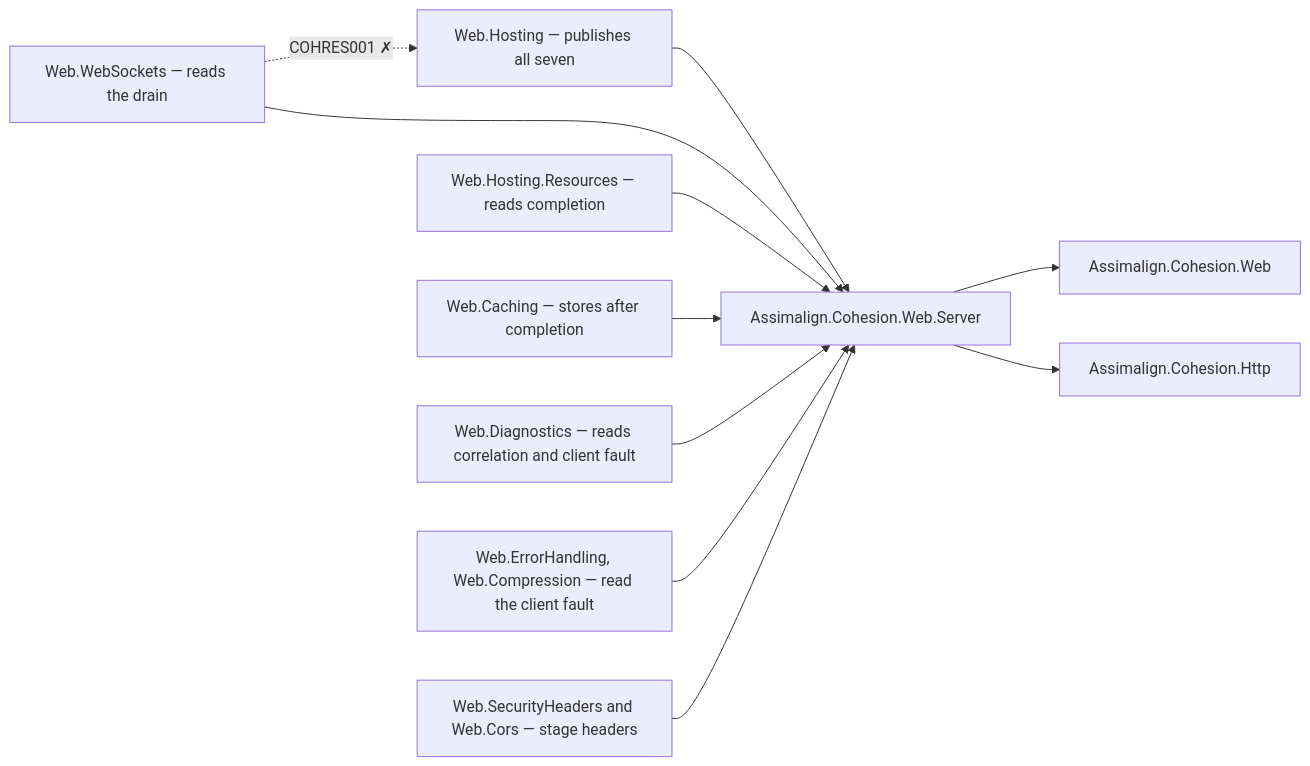
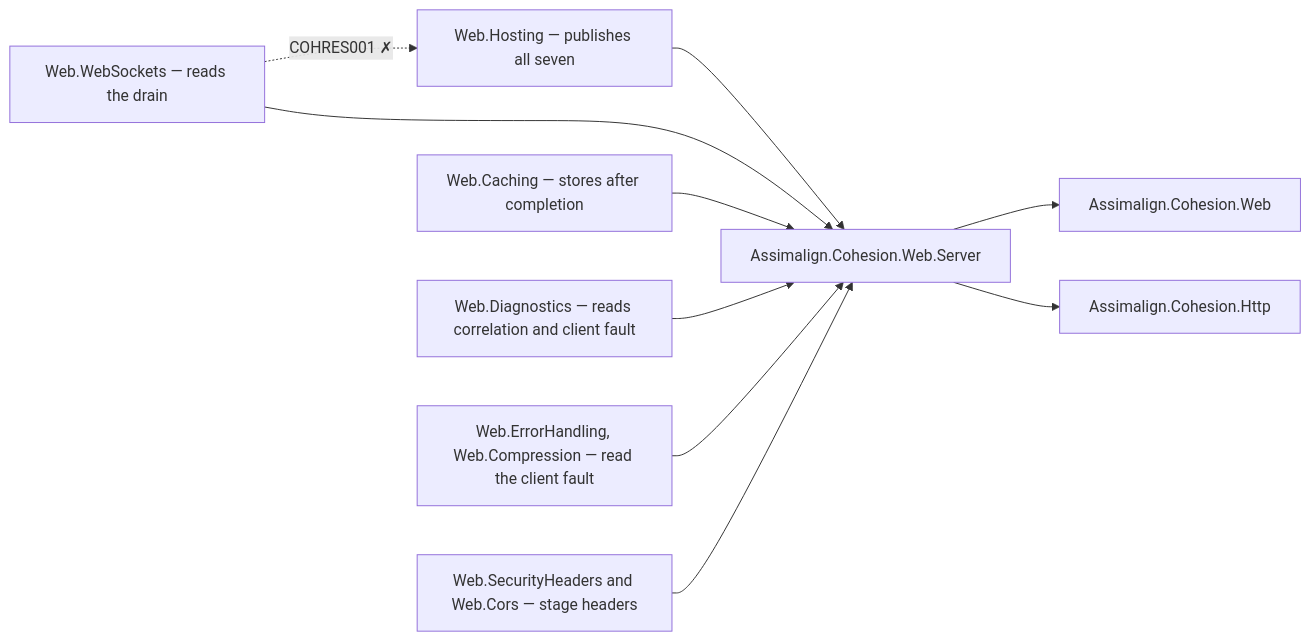
Before and after one commit to assimalign/cohesion: the diagram in resources/Web/Assimalign.Cohesion.Web.Server/docs/DESIGN.md, drawn with Mermaid. The commit also changed other lines of this file and 174 other files, not shown here.

First line of the commit message:
refactor(web): roll hosting integrations into Web.Hosting [L03.01.01.48.01]

````diff
--- a/resources/Web/Assimalign.Cohesion.Web.Server/docs/DESIGN.md
+++ b/resources/Web/Assimalign.Cohesion.Web.Server/docs/DESIGN.md
@@ -28,13 +28,12 @@
 ```mermaid
 flowchart LR
     Server["Assimalign.Cohesion.Web.Server"] --> Root["Assimalign.Cohesion.Web"]
     Server --> Http["Assimalign.Cohesion.Http"]
     Hosting["Web.Hosting — publishes all seven"] --> Server
     WebSockets["Web.WebSockets — reads the drain"] --> Server
-    Resources["Web.Hosting.Resources — reads completion"] --> Server
     Caching["Web.Caching — stores after completion"] --> Server
     Logging["Web.Diagnostics — reads correlation and client fault"] --> Server
     Faults["Web.ErrorHandling, Web.Compression — read the client fault"] --> Server
     Headers["Web.SecurityHeaders and Web.Cors — stage headers"] --> Server
     WebSockets -.->|"COHRES001 ✗"| Hosting
 ```
````
